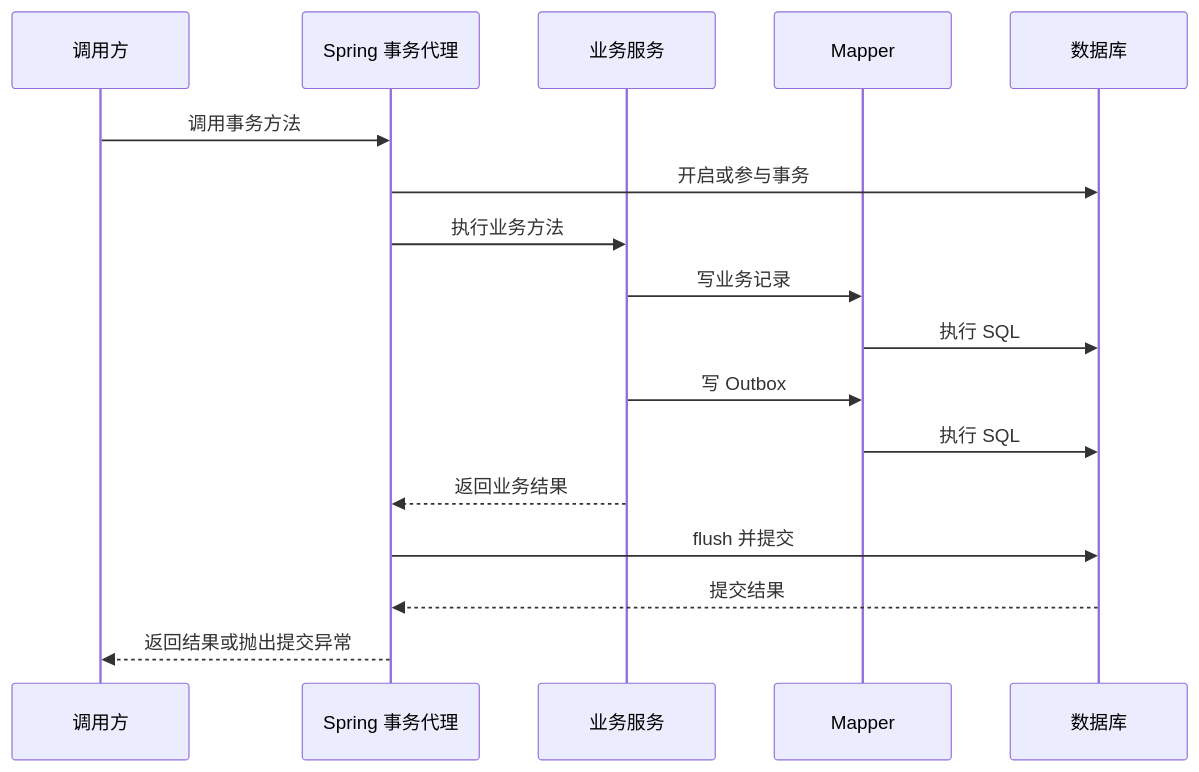
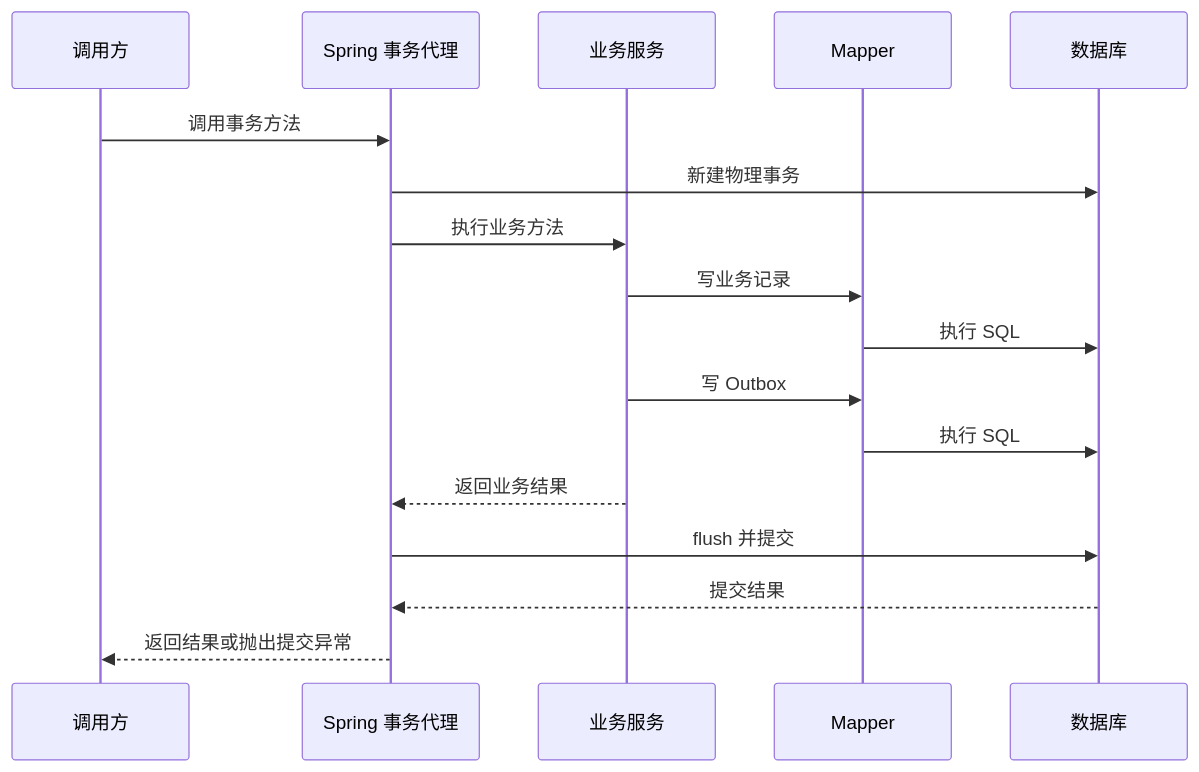
Before and after one commit to ljbclannad/learning-document: the second of 2 diagrams in 03-数据存储与缓存/数据库/Mybatis.md, drawn with Mermaid. The commit also changed other lines of this file and 4 other files, not shown here.

````diff
--- a/03-数据存储与缓存/数据库/Mybatis.md
+++ b/03-数据存储与缓存/数据库/Mybatis.md
@@ -486,19 +488,19 @@
 ```mermaid
 sequenceDiagram
     participant C as 调用方
     participant P as Spring 事务代理
     participant S as 业务服务
     participant M as Mapper
     participant D as 数据库
     C->>P: 调用事务方法
-    P->>D: 开启或参与事务
+    P->>D: 新建物理事务
     P->>S: 执行业务方法
     S->>M: 写业务记录
     M->>D: 执行 SQL
     S->>M: 写 Outbox
     M->>D: 执行 SQL
     S-->>P: 返回业务结果
     P->>D: flush 并提交
     D-->>P: 提交结果
     P-->>C: 返回结果或抛出提交异常
 ```
````
